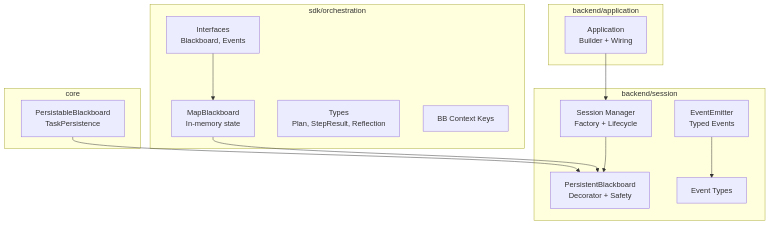
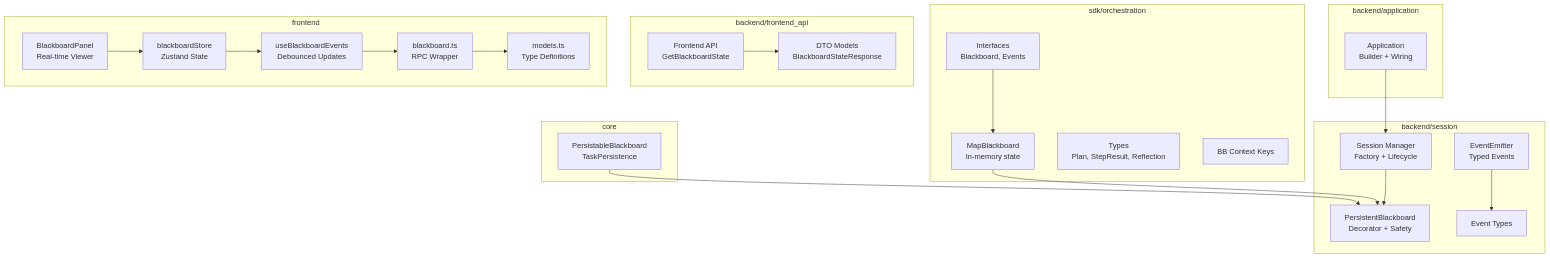
One commit to v0lka/c0wrk changed the first of 9 diagrams in .qoder/repowiki/en/content/Memory and Context Management/Blackboard Architecture.md. Above: the diagram before and after it, drawn with Mermaid. The commit also changed other lines of this file and 10 other files, not shown here.

````diff
--- a/.qoder/repowiki/en/content/Memory and Context Management/Blackboard Architecture.md
+++ b/.qoder/repowiki/en/content/Memory and Context Management/Blackboard Architecture.md
@@ -42,27 +64,43 @@
 ```mermaid
 graph TB
 subgraph "sdk/orchestration"
 BBInt["Interfaces<br/>Blackboard, Events"]
 BBMem["MapBlackboard<br/>In-memory state"]
 Types["Types<br/>Plan, StepResult, Reflection"]
 Ctx["BB Context Keys"]
 end
 subgraph "core"
 BBIntf["PersistableBlackboard<br/>TaskPersistence"]
 end
 subgraph "backend/session"
 PBB["PersistentBlackboard<br/>Decorator + Safety"]
 EM["EventEmitter<br/>Typed Events"]
 EVT["Event Types"]
 MGR["Session Manager<br/>Factory + Lifecycle"]
 end
 subgraph "backend/application"
 APP["Application<br/>Builder + Wiring"]
 end
+subgraph "backend/frontend_api"
+API["Frontend API<br/>GetBlackboardState"]
+DTO["DTO Models<br/>BlackboardStateResponse"]
+end
+subgraph "frontend"
+VIEW["BlackboardPanel<br/>Real-time Viewer"]
+STORE["blackboardStore<br/>Zustand State"]
+EVENTS["useBlackboardEvents<br/>Debounced Updates"]
+APIFE["blackboard.ts<br/>RPC Wrapper"]
+MODELS["models.ts<br/>Type Definitions"]
+end
 BBInt --> BBMem
 BBIntf --> PBB
 BBMem --> PBB
 EM --> EVT
 MGR --> PBB
 APP --> MGR
+API --> DTO
+VIEW --> STORE
+STORE --> EVENTS
+EVENTS --> APIFE
+APIFE --> MODELS
 ```
````
